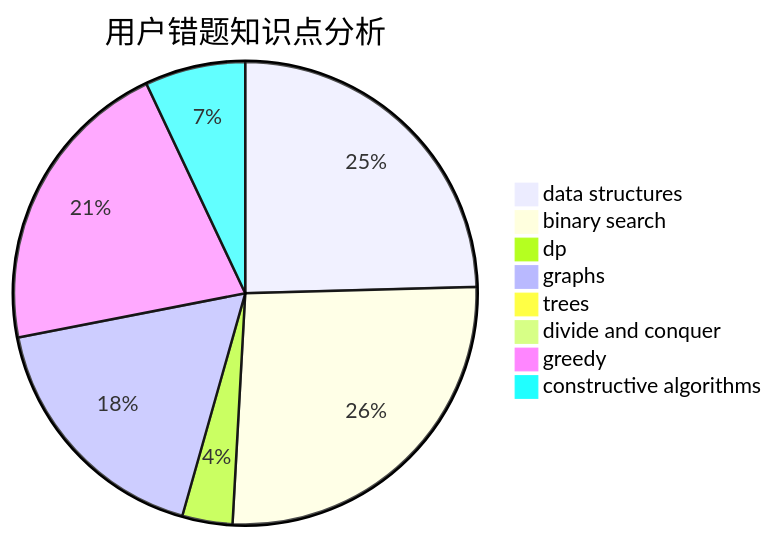
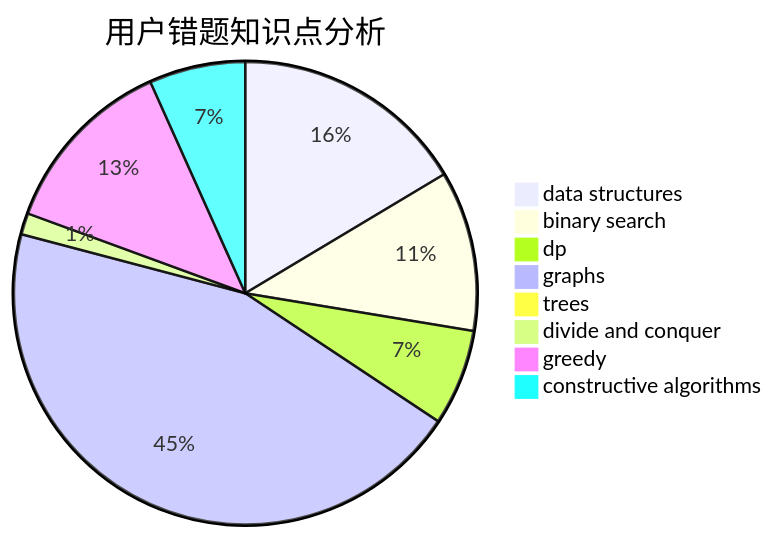
One commit to sherpahu/cfrs.github.io changed the third of 3 diagrams in docs/user/u2040.md. Above: the diagram before and after it, drawn with Mermaid. The commit also changed other lines of this file and 2770 other files, not shown here.

````diff
--- a/docs/user/u2040.md
+++ b/docs/user/u2040.md
@@ -36,11 +36,11 @@
 ```mermaid
 pie title 用户错题知识点分析
-    "data structures" :  14
+    "data structures" :  22
     "binary search" :  15
-    "dp" :  2
-    "graphs" :  10
+    "dp" :  9
+    "graphs" :  60
     "trees" :  0
-    "divide and conquer" :  0
-    "greedy" :  12
-    "constructive algorithms" :  4
+    "divide and conquer" :  2
+    "greedy" :  17
+    "constructive algorithms" :  9
 ```
````
